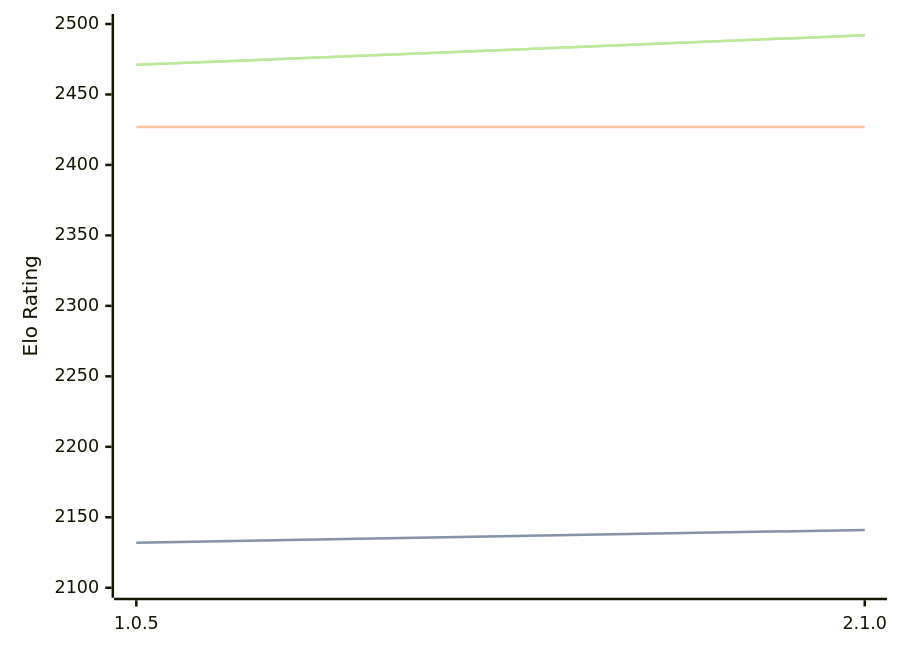
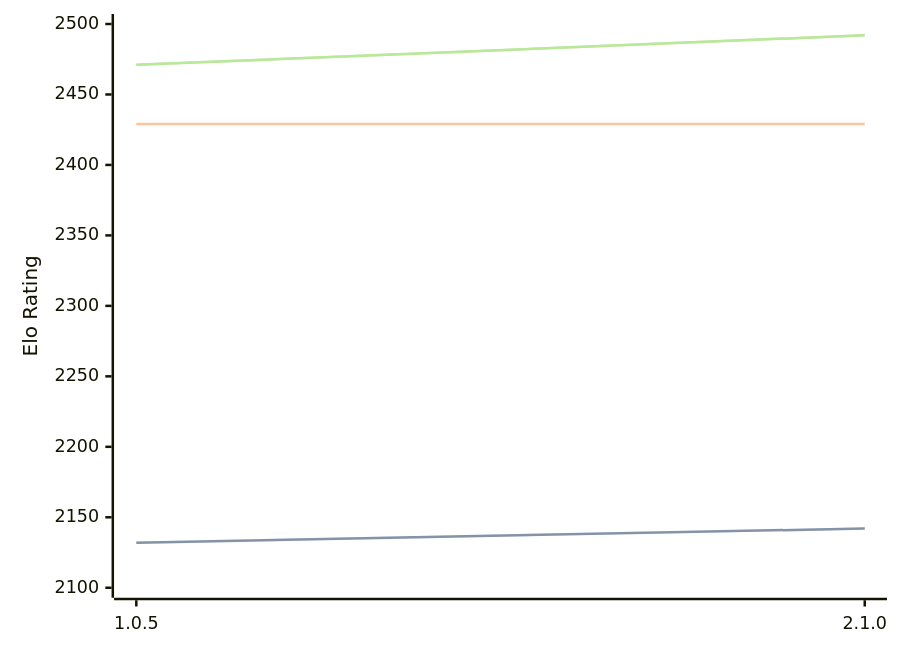
One commit to computer-chess-index/cci changed the diagram in engines/Ruffian.md. Above: the diagram before and after it, drawn with Mermaid. The commit also changed other lines of this file, not shown here.

````diff
--- a/engines/Ruffian.md
+++ b/engines/Ruffian.md
@@ -32,11 +32,11 @@
 ```mermaid
 %%{init: {"theme":"base","themeVariables":{"seriesColors:['#a3a3a3','#222221','#faa371']}}}%%
 xychart-beta
   x-axis ["1.0.5", "2.1.0"]
   y-axis "Elo Rating" 2100 --> 2500
-  line "STC (8.0+0.08s)" [2132, 2141]
-  line "STC (8.0+0.08s)" [2132, 2141]
-  line "LTC (60.0+0.60s)" [2427, 2427]
+  line "STC (8.0+0.08s)" [2132, 2142]
+  line "STC (8.0+0.08s)" [2132, 2142]
+  line "LTC (60.0+0.60s)" [2429, 2429]
   line "VLTC (2m24s+1.12s)" [2471, 2492]
   line "VLTC (2m24s+1.12s)" [2471, 2492]
 ```
````
